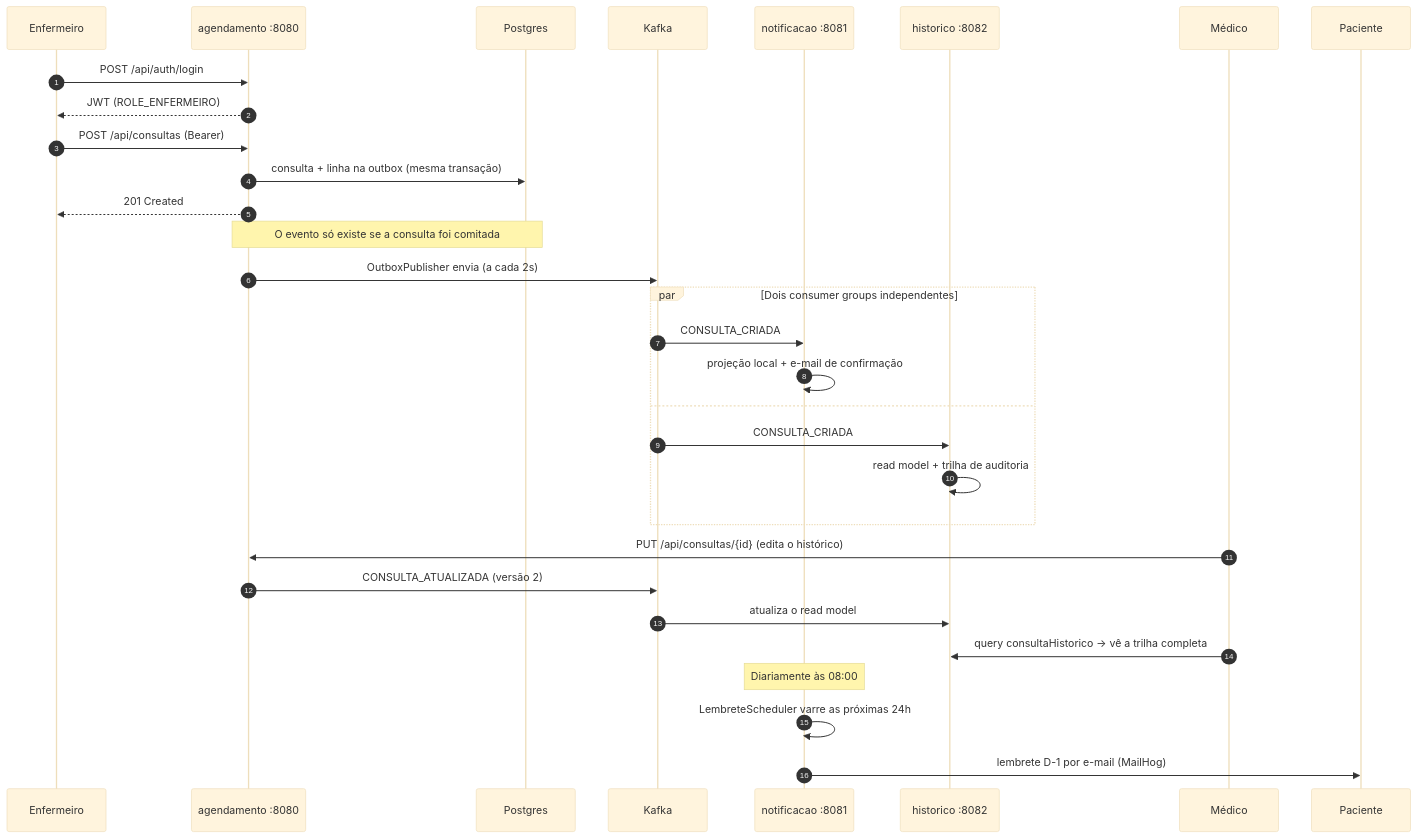
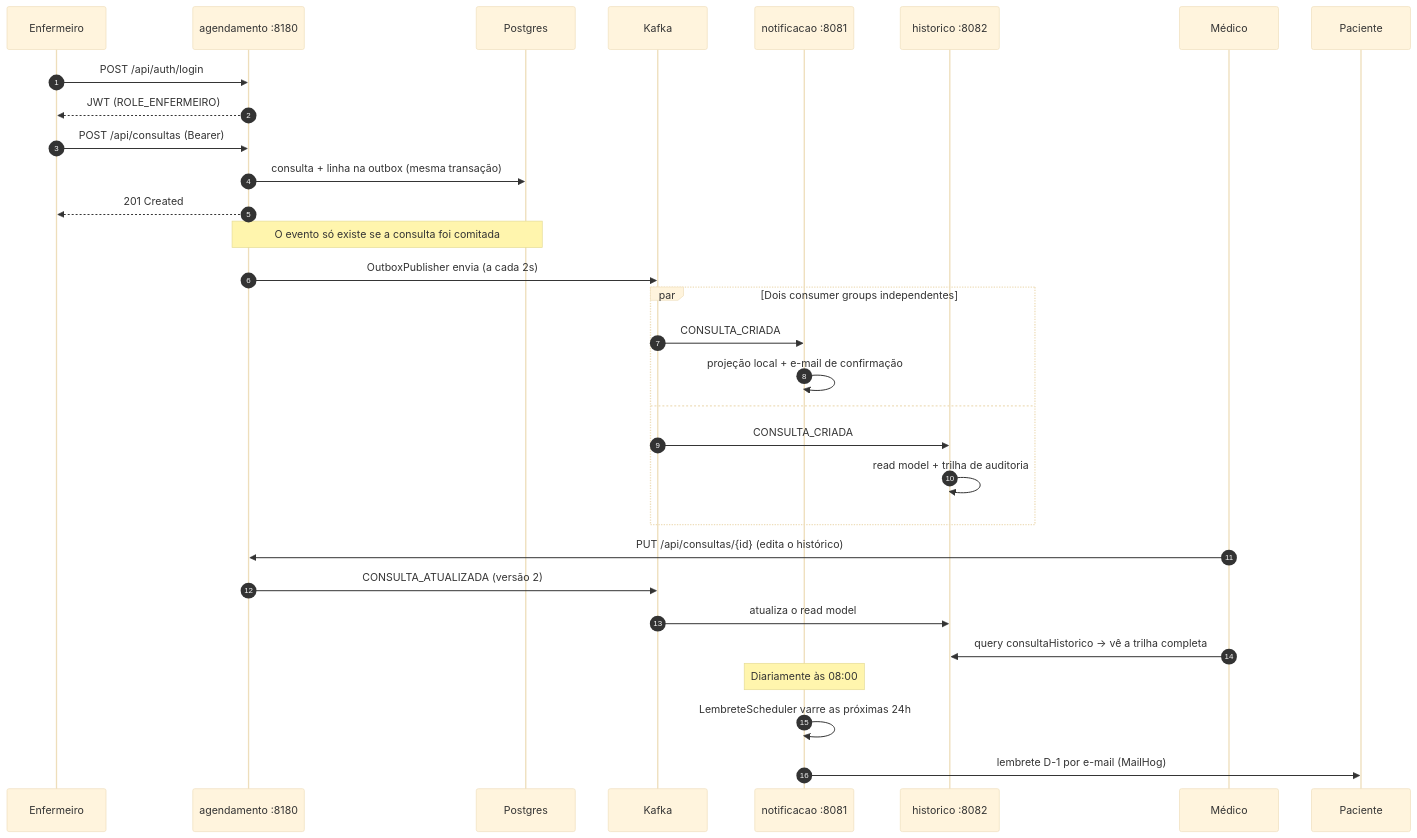
Before and after one commit to GastroHubDev/MedHub: the second of 2 diagrams in README.md, drawn with Mermaid (base theme). The commit also changed other lines of this file, not shown here.

````diff
--- a/README.md
+++ b/README.md
@@ -54,37 +54,37 @@
 ```mermaid
 sequenceDiagram
     autonumber
     participant E as Enfermeiro
-    participant A as agendamento :8080
+    participant A as agendamento :8180
     participant DB as Postgres
     participant K as Kafka
     participant N as notificacao :8081
     participant H as historico :8082
     participant Med as Médico
     participant Pac as Paciente
 
     E->>A: POST /api/auth/login
     A-->>E: JWT (ROLE_ENFERMEIRO)
     E->>A: POST /api/consultas (Bearer)
     A->>DB: consulta + linha na outbox (mesma transação)
     A-->>E: 201 Created
     Note over A,DB: O evento só existe se a consulta foi comitada
 
     A->>K: OutboxPublisher envia (a cada 2s)
     par Dois consumer groups independentes
         K->>N: CONSULTA_CRIADA
         N->>N: projeção local + e-mail de confirmação
     and
         K->>H: CONSULTA_CRIADA
         H->>H: read model + trilha de auditoria
     end
 
     Med->>A: PUT /api/consultas/{id} (edita o histórico)
     A->>K: CONSULTA_ATUALIZADA (versão 2)
     K->>H: atualiza o read model
     Med->>H: query consultaHistorico → vê a trilha completa
 
     Note over N: Diariamente às 08:00
     N->>N: LembreteScheduler varre as próximas 24h
     N->>Pac: lembrete D-1 por e-mail (MailHog)
 ```
````
